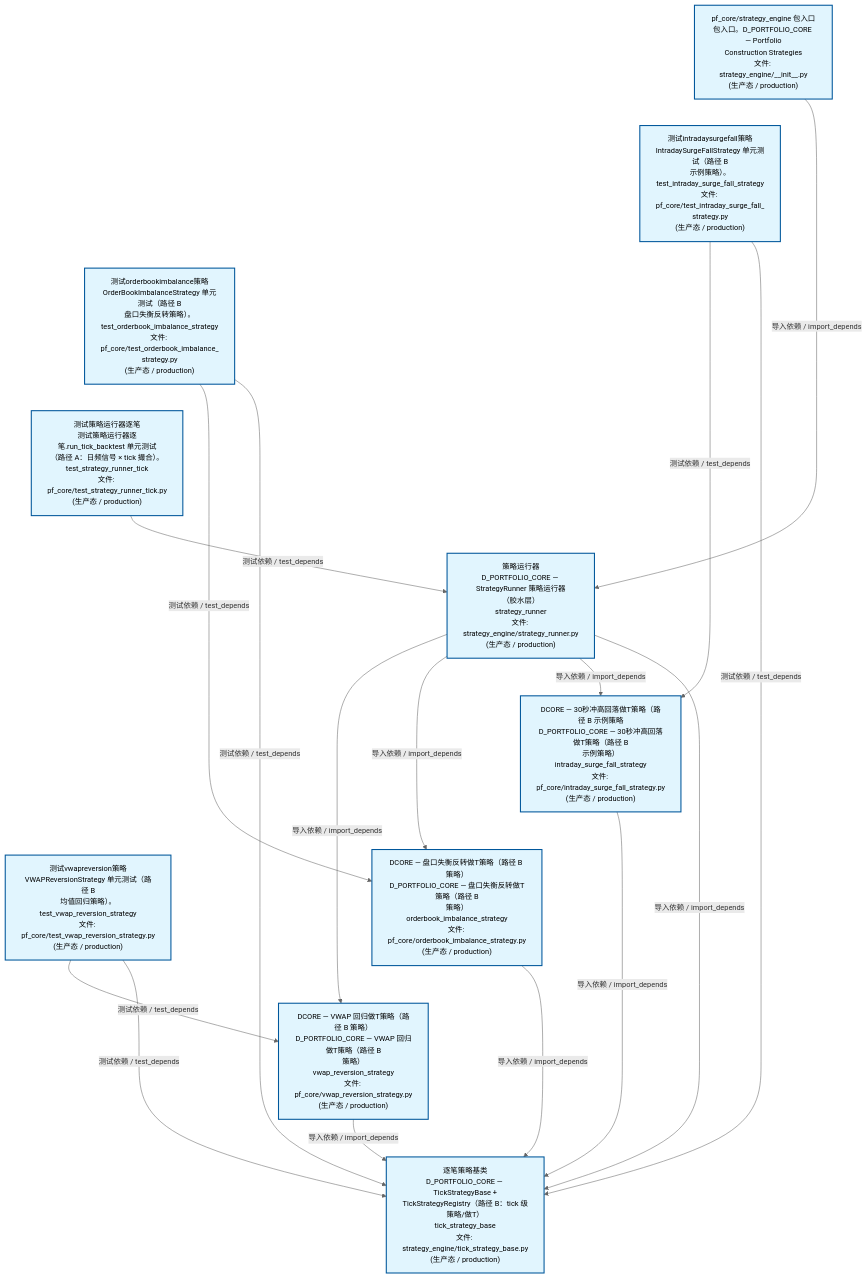
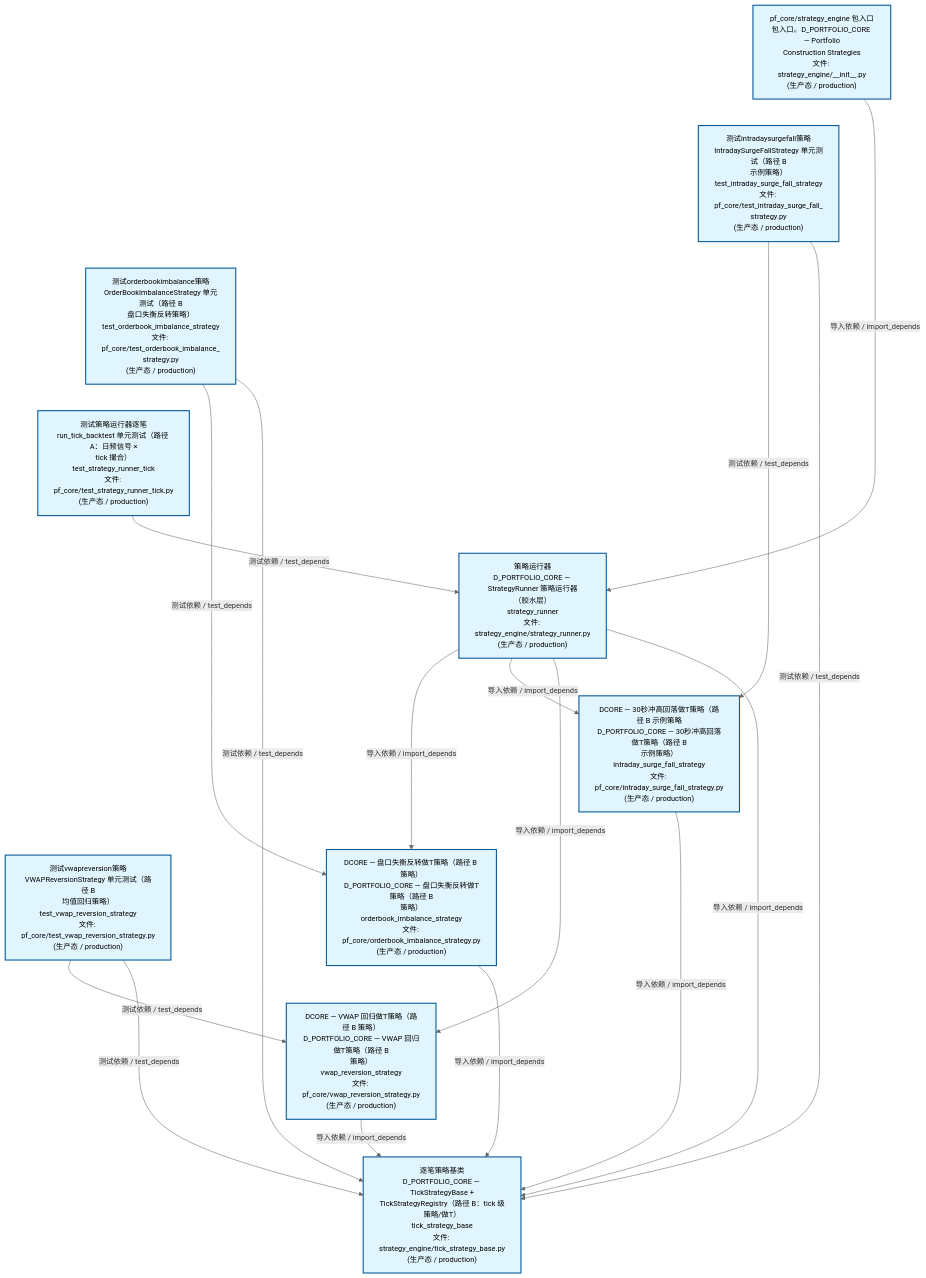
Before and after one commit to xuanFelixVan/ZephyrAlpha: the second of 4 diagrams in docs/02_enterprise_architecture/02_domain_architecture_docs/63_d_pf_core.md, drawn with Mermaid. The commit also changed other lines of this file and 62 other files, not shown here.

````diff
--- a/docs/02_enterprise_architecture/02_domain_architecture_docs/63_d_pf_core.md
+++ b/docs/02_enterprise_architecture/02_domain_architecture_docs/63_d_pf_core.md
@@ -136,40 +135,40 @@
 ```mermaid
 %%{init: {'theme': 'base', 'themeVariables': {'primaryColor': '#eaeaea', 'primaryTextColor': '#333333', 'primaryBorderColor': '#666666', 'lineColor': '#666666', 'secondaryColor': '#eaeaea', 'tertiaryColor': '#eaeaea', 'fontSize': '14px'}}}%%
 flowchart TD
     src_zephyr_pf_core_strategy_engine_init_py["pf_core/strategy_engine 包入口<br/>包入口。D_PORTFOLIO_CORE — Portfolio<br/>Construction Strategies<br/>文件: strategy_engine/__init__.py<br/>(生产态 / production)"]
-    tests_pf_core_test_intraday_surge_fall_strategy_py["测试intradaysurgefall策略<br/>IntradaySurgeFallStrategy 单元测试（路径 B<br/>示例策略）。<br/>test_intraday_surge_fall_strategy<br/>文件: pf_core/test_intraday_surge_fall_<br/>strategy.py<br/>(生产态 / production)"]
-    tests_pf_core_test_orderbook_imbalance_strategy_py["测试orderbookimbalance策略<br/>OrderBookImbalanceStrategy 单元测试（路径 B<br/>盘口失衡反转策略）。<br/>test_orderbook_imbalance_strategy<br/>文件: pf_core/test_orderbook_imbalance_<br/>strategy.py<br/>(生产态 / production)"]
-    tests_pf_core_test_strategy_runner_tick_py["测试策略运行器逐笔<br/>测试策略运行器逐笔.run_tick_backtest 单元测试<br/>（路径 A：日频信号 × tick 撮合）。<br/>test_strategy_runner_tick<br/>文件: pf_core/test_strategy_runner_tick.py<br/>(生产态 / production)"]
-    tests_pf_core_test_vwap_reversion_strategy_py["测试vwapreversion策略<br/>VWAPReversionStrategy 单元测试（路径 B<br/>均值回归策略）。<br/>test_vwap_reversion_strategy<br/>文件: pf_core/test_vwap_reversion_strategy.py<br/>(生产态 / production)"]
+    tests_pf_core_test_intraday_surge_fall_strategy_py["测试intradaysurgefall策略<br/>IntradaySurgeFallStrategy 单元测试（路径 B<br/>示例策略）<br/>test_intraday_surge_fall_strategy<br/>文件: pf_core/test_intraday_surge_fall_<br/>strategy.py<br/>(生产态 / production)"]
+    tests_pf_core_test_orderbook_imbalance_strategy_py["测试orderbookimbalance策略<br/>OrderBookImbalanceStrategy 单元测试（路径 B<br/>盘口失衡反转策略）<br/>test_orderbook_imbalance_strategy<br/>文件: pf_core/test_orderbook_imbalance_<br/>strategy.py<br/>(生产态 / production)"]
+    tests_pf_core_test_strategy_runner_tick_py["测试策略运行器逐笔<br/>run_tick_backtest 单元测试（路径 A：日频信号 ×<br/>tick 撮合）<br/>test_strategy_runner_tick<br/>文件: pf_core/test_strategy_runner_tick.py<br/>(生产态 / production)"]
+    tests_pf_core_test_vwap_reversion_strategy_py["测试vwapreversion策略<br/>VWAPReversionStrategy 单元测试（路径 B<br/>均值回归策略）<br/>test_vwap_reversion_strategy<br/>文件: pf_core/test_vwap_reversion_strategy.py<br/>(生产态 / production)"]
     src_zephyr_pf_core_strategy_engine_init_py ~~~ tests_pf_core_test_intraday_surge_fall_strategy_py
     tests_pf_core_test_intraday_surge_fall_strategy_py ~~~ tests_pf_core_test_orderbook_imbalance_strategy_py
     tests_pf_core_test_orderbook_imbalance_strategy_py ~~~ tests_pf_core_test_strategy_runner_tick_py
     tests_pf_core_test_strategy_runner_tick_py ~~~ tests_pf_core_test_vwap_reversion_strategy_py
     src_zephyr_pf_core_strategy_engine_strategy_runner_py["策略运行器<br/>D_PORTFOLIO_CORE — StrategyRunner 策略运行器<br/>（胶水层）<br/>strategy_runner<br/>文件: strategy_engine/strategy_runner.py<br/>(生产态 / production)"]
     src_zephyr_pf_core_intraday_surge_fall_strategy_py["DCORE — 30秒冲高回落做T策略（路径 B 示例策略<br/>D_PORTFOLIO_CORE — 30秒冲高回落做T策略（路径 B<br/>示例策略）<br/>intraday_surge_fall_strategy<br/>文件: pf_core/intraday_surge_fall_strategy.py<br/>(生产态 / production)"]
     src_zephyr_pf_core_orderbook_imbalance_strategy_py["DCORE — 盘口失衡反转做T策略（路径 B 策略）<br/>D_PORTFOLIO_CORE — 盘口失衡反转做T策略（路径 B<br/>策略）<br/>orderbook_imbalance_strategy<br/>文件: pf_core/orderbook_imbalance_strategy.py<br/>(生产态 / production)"]
     src_zephyr_pf_core_vwap_reversion_strategy_py["DCORE — VWAP 回归做T策略（路径 B 策略）<br/>D_PORTFOLIO_CORE — VWAP 回归做T策略（路径 B<br/>策略）<br/>vwap_reversion_strategy<br/>文件: pf_core/vwap_reversion_strategy.py<br/>(生产态 / production)"]
     src_zephyr_pf_core_intraday_surge_fall_strategy_py ~~~ src_zephyr_pf_core_orderbook_imbalance_strategy_py
     src_zephyr_pf_core_orderbook_imbalance_strategy_py ~~~ src_zephyr_pf_core_vwap_reversion_strategy_py
     src_zephyr_pf_core_strategy_engine_tick_strategy_base_py["逐笔策略基类<br/>D_PORTFOLIO_CORE — TickStrategyBase +<br/>TickStrategyRegistry（路径 B：tick 级策略/做T）<br/>tick_strategy_base<br/>文件: strategy_engine/tick_strategy_base.py<br/>(生产态 / production)"]
-    src_zephyr_pf_core_vwap_reversion_strategy_py -->|导入依赖 / import_depends| src_zephyr_pf_core_strategy_engine_tick_strategy_base_py
     src_zephyr_pf_core_orderbook_imbalance_strategy_py -->|导入依赖 / import_depends| src_zephyr_pf_core_strategy_engine_tick_strategy_base_py
     src_zephyr_pf_core_intraday_surge_fall_strategy_py -->|导入依赖 / import_depends| src_zephyr_pf_core_strategy_engine_tick_strategy_base_py
-    src_zephyr_pf_core_strategy_engine_init_py -->|导入依赖 / import_depends| src_zephyr_pf_core_strategy_engine_strategy_runner_py
-    src_zephyr_pf_core_strategy_engine_strategy_runner_py -->|导入依赖 / import_depends| src_zephyr_pf_core_vwap_reversion_strategy_py
+    src_zephyr_pf_core_vwap_reversion_strategy_py -->|导入依赖 / import_depends| src_zephyr_pf_core_strategy_engine_tick_strategy_base_py
     src_zephyr_pf_core_strategy_engine_strategy_runner_py -->|导入依赖 / import_depends| src_zephyr_pf_core_orderbook_imbalance_strategy_py
     src_zephyr_pf_core_strategy_engine_strategy_runner_py -->|导入依赖 / import_depends| src_zephyr_pf_core_intraday_surge_fall_strategy_py
+    src_zephyr_pf_core_strategy_engine_strategy_runner_py -->|导入依赖 / import_depends| src_zephyr_pf_core_vwap_reversion_strategy_py
     src_zephyr_pf_core_strategy_engine_strategy_runner_py -->|导入依赖 / import_depends| src_zephyr_pf_core_strategy_engine_tick_strategy_base_py
+    src_zephyr_pf_core_strategy_engine_init_py -->|导入依赖 / import_depends| src_zephyr_pf_core_strategy_engine_strategy_runner_py
     tests_pf_core_test_intraday_surge_fall_strategy_py -->|测试依赖 / test_depends| src_zephyr_pf_core_intraday_surge_fall_strategy_py
     tests_pf_core_test_intraday_surge_fall_strategy_py -->|测试依赖 / test_depends| src_zephyr_pf_core_strategy_engine_tick_strategy_base_py
     tests_pf_core_test_orderbook_imbalance_strategy_py -->|测试依赖 / test_depends| src_zephyr_pf_core_orderbook_imbalance_strategy_py
     tests_pf_core_test_orderbook_imbalance_strategy_py -->|测试依赖 / test_depends| src_zephyr_pf_core_strategy_engine_tick_strategy_base_py
     tests_pf_core_test_strategy_runner_tick_py -->|测试依赖 / test_depends| src_zephyr_pf_core_strategy_engine_strategy_runner_py
     tests_pf_core_test_vwap_reversion_strategy_py -->|测试依赖 / test_depends| src_zephyr_pf_core_vwap_reversion_strategy_py
     tests_pf_core_test_vwap_reversion_strategy_py -->|测试依赖 / test_depends| src_zephyr_pf_core_strategy_engine_tick_strategy_base_py
     classDef production fill:#e1f5fe,stroke:#01579b,stroke-width:2px,color:#000
     classDef design fill:#fff3e0,stroke:#e65100,stroke-width:2px,color:#000,stroke-dasharray: 5 5
     classDef external_prod fill:#e8f4fd,stroke:#0277bd,stroke-width:1px,color:#000
     classDef external_design fill:#fff8e7,stroke:#ef6c00,stroke-width:1px,color:#000,stroke-dasharray: 5 5
     class src_zephyr_pf_core_intraday_surge_fall_strategy_py,src_zephyr_pf_core_orderbook_imbalance_strategy_py,src_zephyr_pf_core_strategy_engine_init_py,src_zephyr_pf_core_strategy_engine_strategy_runner_py,src_zephyr_pf_core_strategy_engine_tick_strategy_base_py,src_zephyr_pf_core_vwap_reversion_strategy_py,tests_pf_core_test_intraday_surge_fall_strategy_py,tests_pf_core_test_orderbook_imbalance_strategy_py,tests_pf_core_test_strategy_runner_tick_py,tests_pf_core_test_vwap_reversion_strategy_py production
 ```
````
